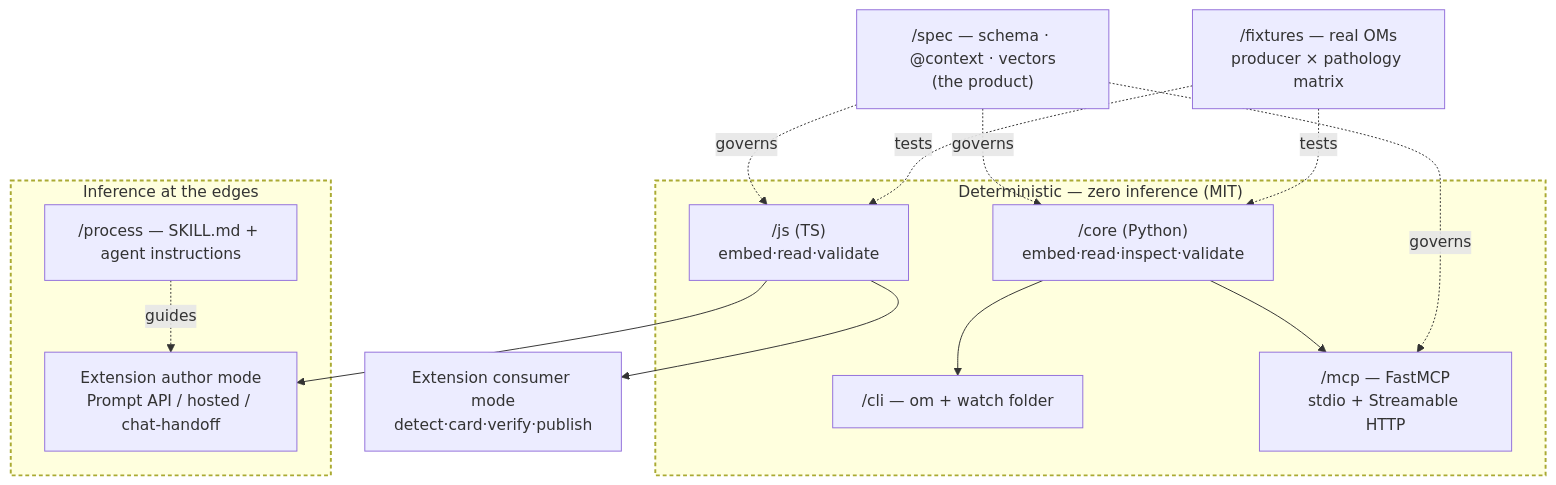
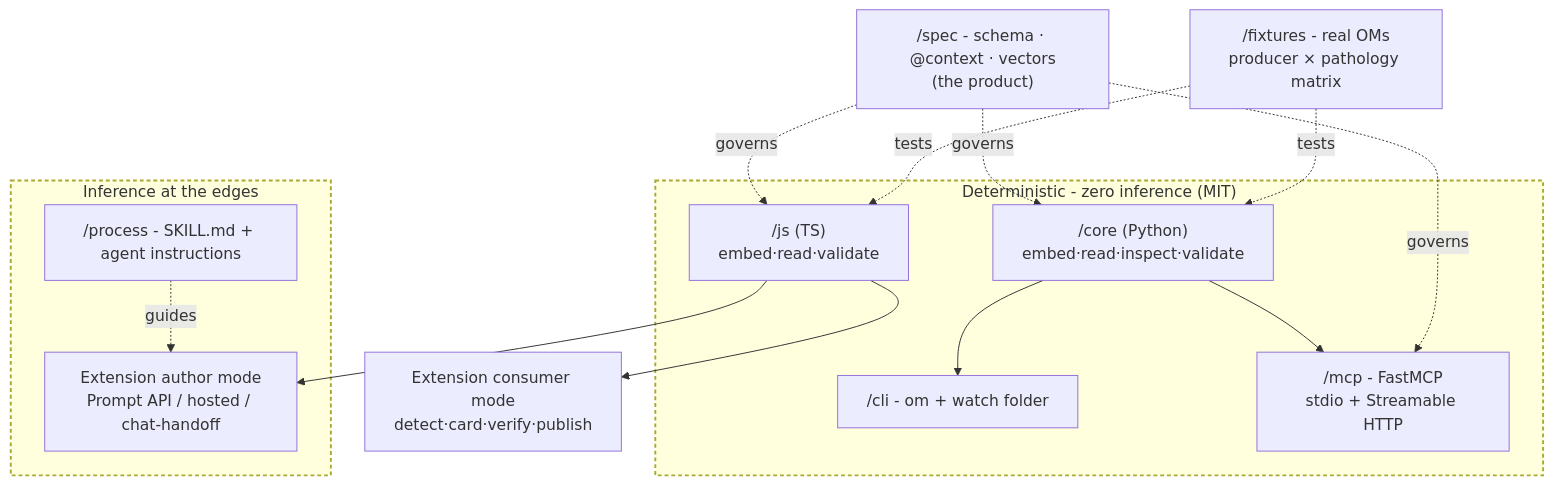
One commit to sarthaknimbalkar/OpenOM changed the second of 8 diagrams in om-normative-spec-draft-v0.1.md. Above: the diagram before and after it, drawn with Mermaid. The commit also changed other lines of this file and 244 other files, not shown here.

````diff
--- a/om-normative-spec-draft-v0.1.md
+++ b/om-normative-spec-draft-v0.1.md
@@ -277,23 +277,23 @@
 ```mermaid
 flowchart TB
-  subgraph Deterministic["Deterministic — zero inference (MIT)"]
+  subgraph Deterministic["Deterministic - zero inference (MIT)"]
     core["/core (Python)<br/>embed·read·inspect·validate"]
-    cli["/cli — om + watch folder"]
-    mcp["/mcp — FastMCP<br/>stdio + Streamable HTTP"]
+    cli["/cli - om + watch folder"]
+    mcp["/mcp - FastMCP<br/>stdio + Streamable HTTP"]
     js["/js (TS)<br/>embed·read·validate"]
   end
   subgraph Edge["Inference at the edges"]
     author["Extension author mode<br/>Prompt API / hosted / chat-handoff"]
-    process["/process — SKILL.md + agent instructions"]
+    process["/process - SKILL.md + agent instructions"]
   end
-  spec["/spec — schema · @context · vectors<br/>(the product)"]
-  fixtures["/fixtures — real OMs<br/>producer × pathology matrix"]
+  spec["/spec - schema · @context · vectors<br/>(the product)"]
+  fixtures["/fixtures - real OMs<br/>producer × pathology matrix"]
   consumer["Extension consumer mode<br/>detect·card·verify·publish"]
   core --> cli & mcp
   js --> consumer & author
   spec -. governs .-> core & js & mcp
   process -. guides .-> author
   fixtures -. tests .-> core & js
   classDef boundary stroke-width:2px,stroke-dasharray:4 3;
   class Deterministic,Edge boundary;
 ```
````
